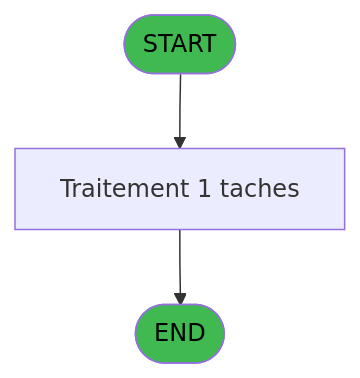
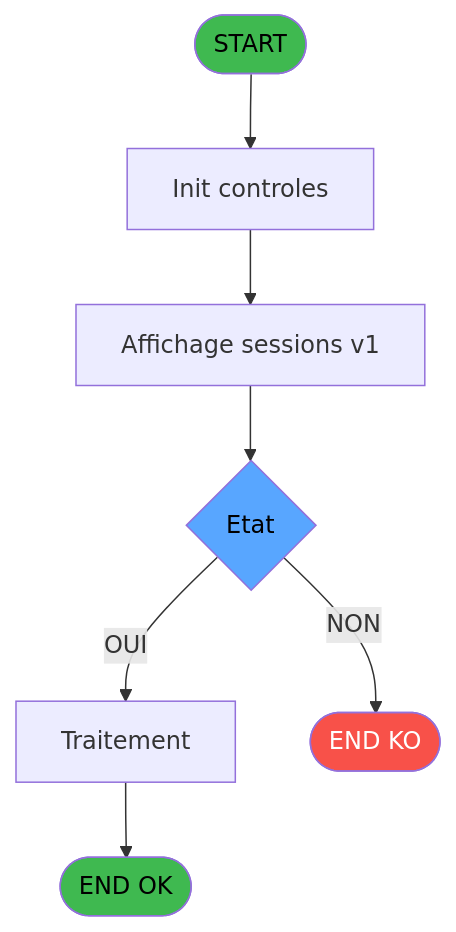
Before and after one commit to thonyAGP/lecteur-magic: the first of 3 diagrams in .openspec/specs/ADH-IDE-119.md, drawn with Mermaid. The commit also changed other lines of this file and 493 other files, not shown here.

````diff
--- a/.openspec/specs/ADH-IDE-119.md
+++ b/.openspec/specs/ADH-IDE-119.md
@@ -53,9 +108,20 @@
 ```mermaid
 flowchart TD
     START([START])
-    PROCESS[Traitement 1 taches]
-    ENDOK([END])
-    START --> PROCESS --> ENDOK
+    INIT[Init controles]
+    SAISIE[Affichage sessions v1]
+    DECISION{Etat}
+    PROCESS[Traitement]
+    ENDOK([END OK])
+    ENDKO([END KO])
+
+    START --> INIT --> SAISIE --> DECISION
+    DECISION -->|OUI| PROCESS
+    DECISION -->|NON| ENDKO
+    PROCESS --> ENDOK
+
     style START fill:#3fb950,color:#000
     style ENDOK fill:#3fb950,color:#000
+    style ENDKO fill:#f85149,color:#fff
+    style DECISION fill:#58a6ff,color:#000
 ```
````
